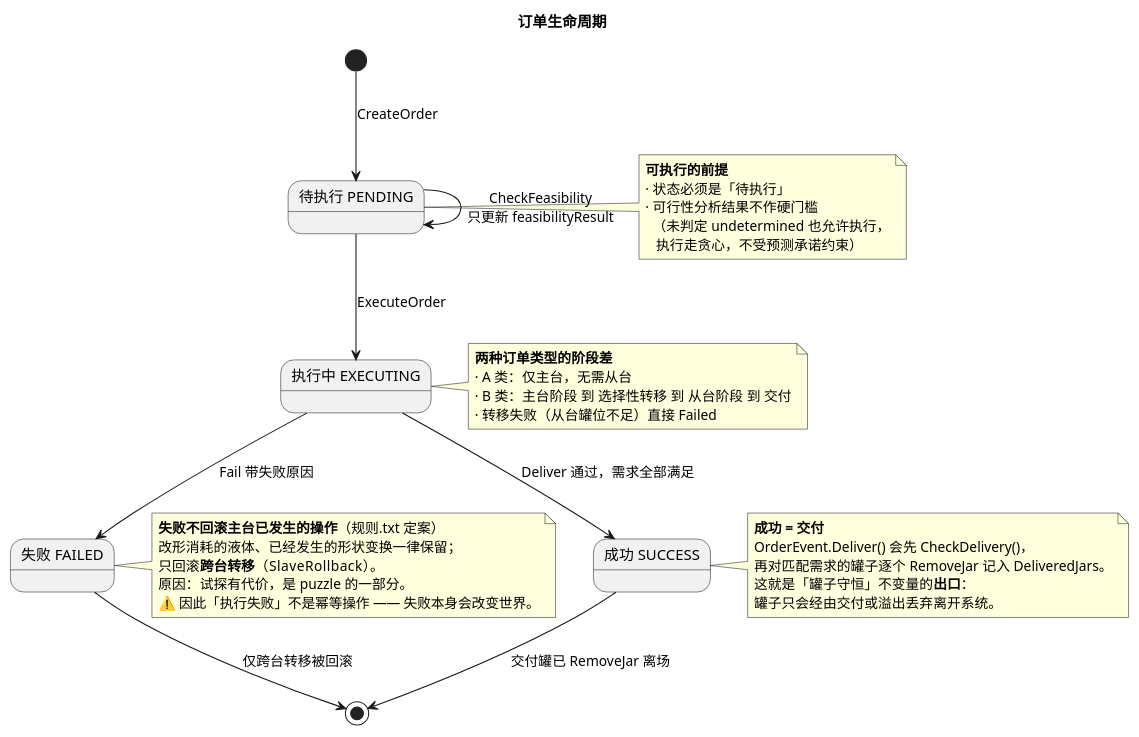
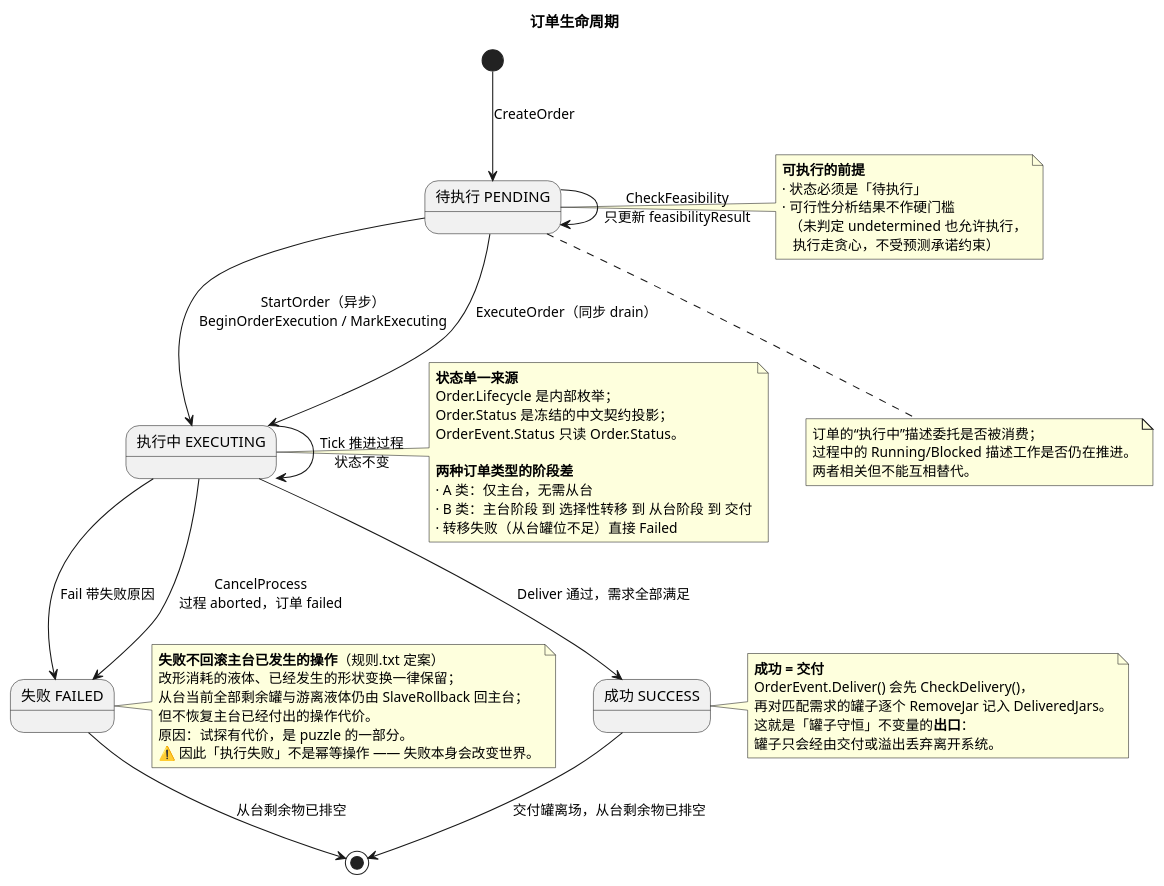
The diagram in UML/05_State_订单生命周期.puml (Lazyair150/jar-system-dotnet), drawn with PlantUML before and after one commit. The commit also changed 31 other files, not shown here.

First line of the commit message:
docs: UML 15–21、架构决策 0002–0005、内核层次与表达器文档

```diff
--- a/UML/05_State_订单生命周期.puml
+++ b/UML/05_State_订单生命周期.puml
@@ -1,59 +1,75 @@
 @startuml
 title 订单生命周期
 
 ' 状态名与取值来源：Config/Constants.cs 的 Constants.OrderStatus
 '   PENDING = "待执行"  EXECUTING = "执行中"  SUCCESS = "成功"  FAILED = "失败"
 '   这四个字符串即对外 JSON 契约的取值，勿改。
 
 state "待执行 PENDING" as Pending
 state "执行中 EXECUTING" as Executing
 state "成功 SUCCESS" as Success
 state "失败 FAILED" as Failed
 
 [*] --> Pending : CreateOrder
 
 ' 可行性分析不改变订单状态（只写 feasibilityResult）
 Pending --> Pending : CheckFeasibility\n只更新 feasibilityResult
 
 ' 终态不可重复执行（2026-09 修复）：
 ' 此前只有前端按钮做限制，WS 命令可对已成功/已失败的订单重复执行，
 ' 会污染 eventHistory 与交付账目。现在 OrderService 直接拒绝。
-Pending --> Executing : ExecuteOrder
+Pending --> Executing : StartOrder（异步）\nBeginOrderExecution / MarkExecuting
+Pending --> Executing : ExecuteOrder（同步 drain）
+
+Executing --> Executing : Tick 推进过程\n状态不变
 
 Executing --> Success : Deliver 通过，需求全部满足
 Executing --> Failed : Fail 带失败原因
+Executing --> Failed : CancelProcess\n过程 aborted，订单 failed
 
-Success --> [*] : 交付罐已 RemoveJar 离场
-Failed --> [*] : 仅跨台转移被回滚
+Success --> [*] : 交付罐离场，从台剩余物已排空
+Failed --> [*] : 从台剩余物已排空
 
 note right of Pending
   **可执行的前提**
   · 状态必须是「待执行」
   · 可行性分析结果不作硬门槛
     （未判定 undetermined 也允许执行，
      执行走贪心，不受预测承诺约束）
 end note
 
 note right of Executing
+  **状态单一来源**
+  Order.Lifecycle 是内部枚举；
+  Order.Status 是冻结的中文契约投影；
+  OrderEvent.Status 只读 Order.Status。
+
   **两种订单类型的阶段差**
   · A 类：仅主台，无需从台
   · B 类：主台阶段 到 选择性转移 到 从台阶段 到 交付
   · 转移失败（从台罐位不足）直接 Failed
 end note
 
 note right of Failed
   **失败不回滚主台已发生的操作**（规则.txt 定案）
   改形消耗的液体、已经发生的形状变换一律保留；
-  只回滚**跨台转移**（SlaveRollback）。
+  从台当前全部剩余罐与游离液体仍由 SlaveRollback 回主台；
+  但不恢复主台已经付出的操作代价。
   原因：试探有代价，是 puzzle 的一部分。
   ⚠️ 因此「执行失败」不是幂等操作 —— 失败本身会改变世界。
 end note
 
 note right of Success
   **成功 = 交付**
   OrderEvent.Deliver() 会先 CheckDelivery()，
   再对匹配需求的罐子逐个 RemoveJar 记入 DeliveredJars。
   这就是「罐子守恒」不变量的**出口**：
   罐子只会经由交付或溢出丢弃离开系统。
 end note
+
+note bottom of Pending
+  订单的“执行中”描述委托是否被消费；
+  过程中的 Running/Blocked 描述工作是否仍在推进。
+  两者相关但不能互相替代。
+end note
 @enduml
```
